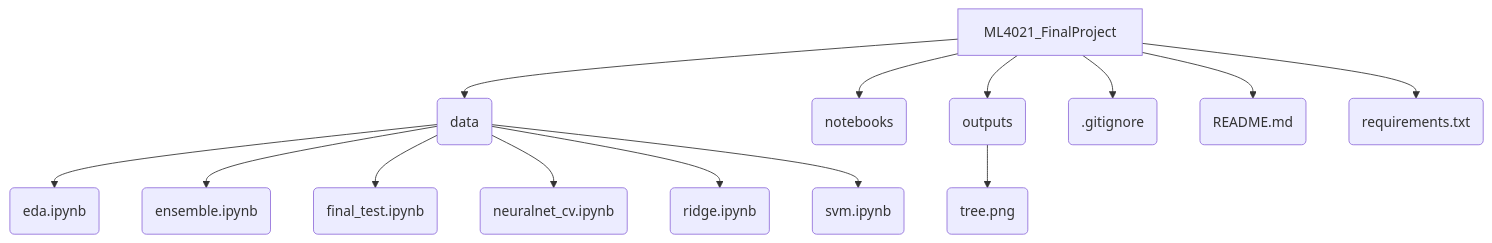
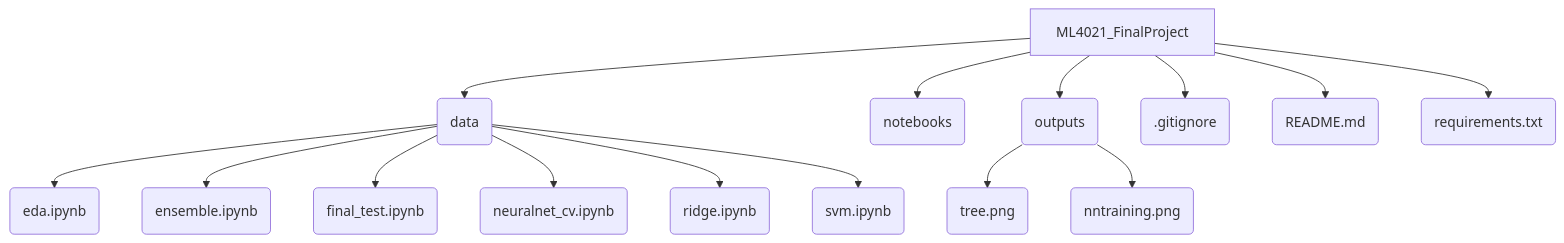
One commit to RyanErm/ML4021_FinalProject changed the diagram in README.md. Above: the diagram before and after it, drawn with Mermaid. The commit also changed other lines of this file, not shown here.

Commit message:
Update README with new file structure diagram
Added nntraining.png to the file structure diagram.

````diff
--- a/README.md
+++ b/README.md
@@ -20,16 +20,17 @@
 ```mermaid
 graph TD
     A[ML4021_FinalProject] --> B(data);
     A --> C(notebooks);
     B --> D(eda.ipynb);
     B --> E(ensemble.ipynb);
     B --> F(final_test.ipynb);
     B --> G(neuralnet_cv.ipynb);
     B --> H(ridge.ipynb);
     B --> I(svm.ipynb);
     A --> J(outputs);
     J --> K(tree.png)
     A --> L(.gitignore)
     A --> M(README.md)
     A --> N(requirements.txt)
+    J --> O(nntraining.png)
 ```
````
